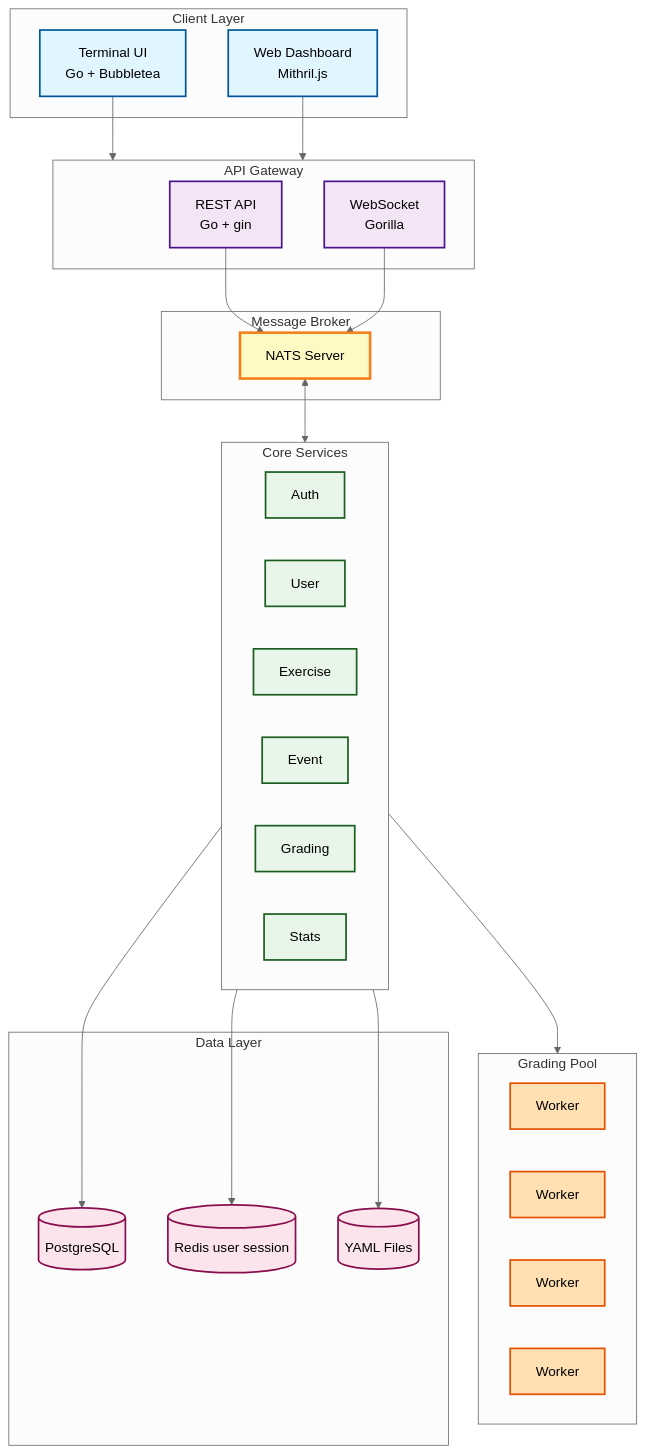
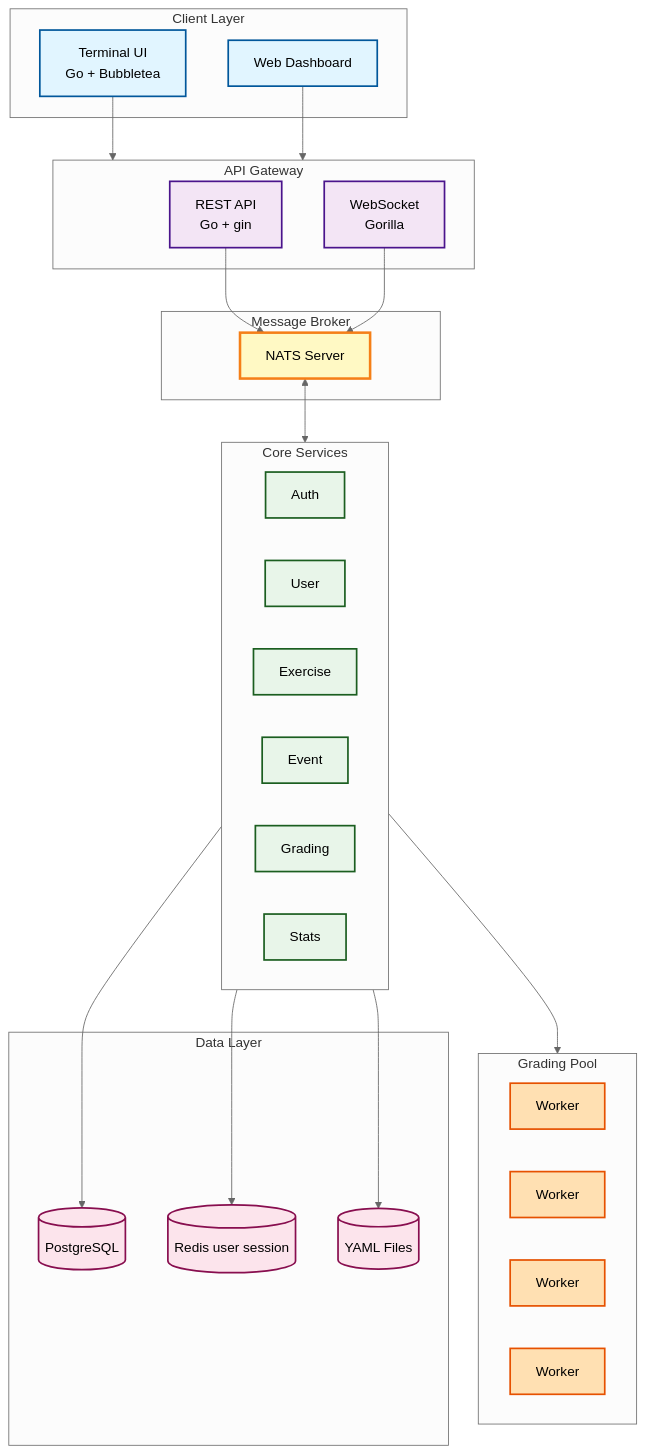
The first of 2 diagrams in docs/architecture/overview.md (Tutors42Lyon/Mithril), drawn with Mermaid (neutral theme) before and after one commit. The commit also changed other lines of this file and 1 other file, not shown here.

````diff
--- a/docs/architecture/overview.md
+++ b/docs/architecture/overview.md
@@ -10,62 +10,62 @@
 ```mermaid
 graph TB
     %% Styling
     classDef client fill:#e1f5ff,stroke:#01579b,stroke-width:2px
     classDef gateway fill:#f3e5f5,stroke:#4a148c,stroke-width:2px
     classDef broker fill:#fff9c4,stroke:#f57f17,stroke-width:3px
     classDef service fill:#e8f5e9,stroke:#1b5e20,stroke-width:2px
     classDef worker fill:#ffe0b2,stroke:#e65100,stroke-width:2px
     classDef storage fill:#fce4ec,stroke:#880e4f,stroke-width:2px
 
     subgraph CLIENT["Client Layer"]
         TUI[Terminal UI<br/>Go + Bubbletea]:::client
-        WEB[Web Dashboard<br/>Mithril.js]:::client
+        WEB[Web Dashboard<br/>]:::client
     end
     
     subgraph GATEWAY["API Gateway"]
         GW[REST API<br/>Go + gin]:::gateway
         WS[WebSocket<br/>Gorilla]:::gateway
     end
     
     subgraph BROKER["Message Broker"]
         NATS[NATS Server]:::broker
     end
     
     subgraph SERVICES["Core Services"]
         direction LR
         AUTH[Auth]:::service
         USER[User]:::service
         EXERCISE[Exercise]:::service
         EVENT[Event]:::service
         GRADING[Grading]:::service
         STATS[Stats]:::service
     end
     
     subgraph POOL["Grading Pool"]
         direction LR
         W1[Worker]:::worker
         W2[Worker]:::worker
         W3[Worker]:::worker
         W4[Worker]:::worker
     end
     
     subgraph DATA["Data Layer"]
         DB[(PostgreSQL)]:::storage
         REDIS[(Redis user session)]:::storage
         FILES[(YAML Files)]:::storage
     end
     
     %% Connections
     TUI --> GATEWAY
     WEB --> GATEWAY
     GW --> NATS
     WS --> NATS
     
     NATS <--> SERVICES
     
     GRADING --> POOL
     
     SERVICES --> DB
     EXERCISE --> FILES
     SERVICES --> REDIS
 ```
````
